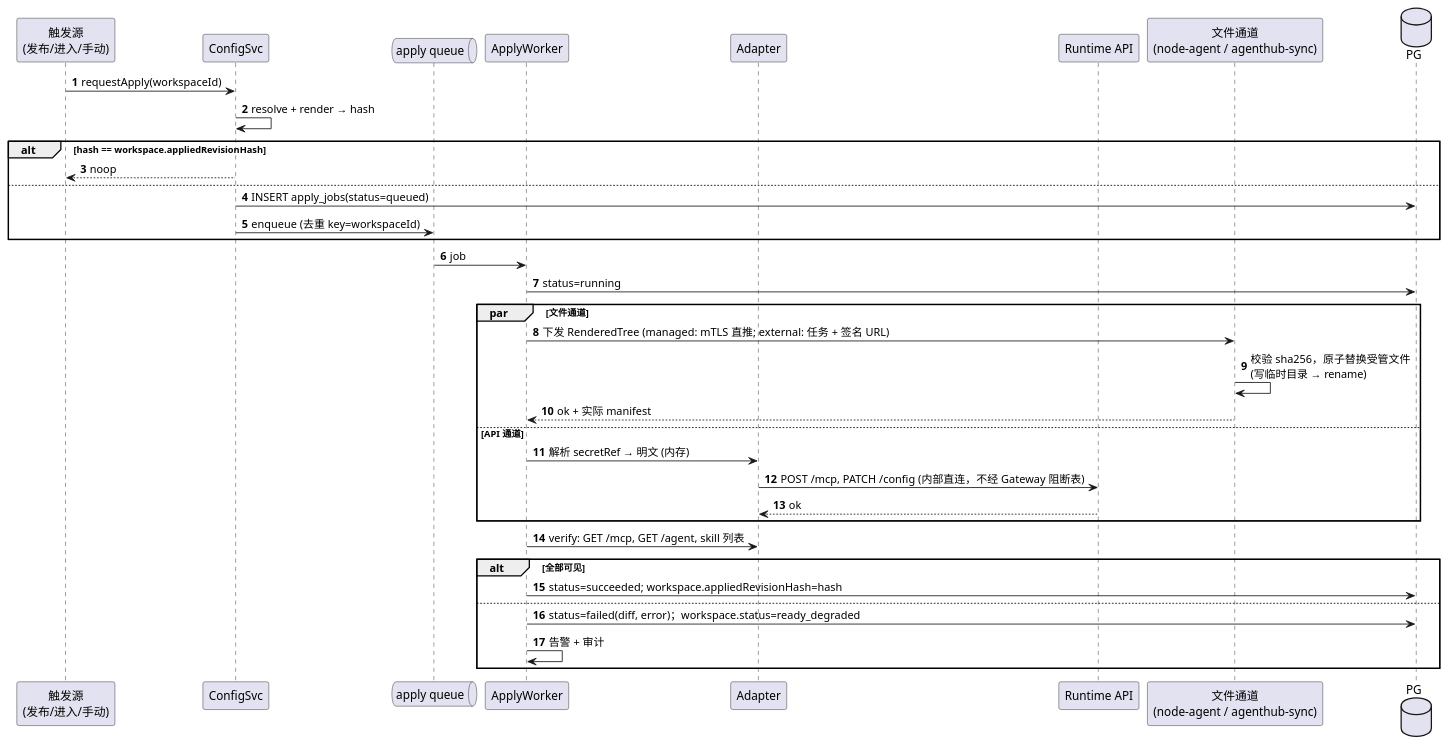
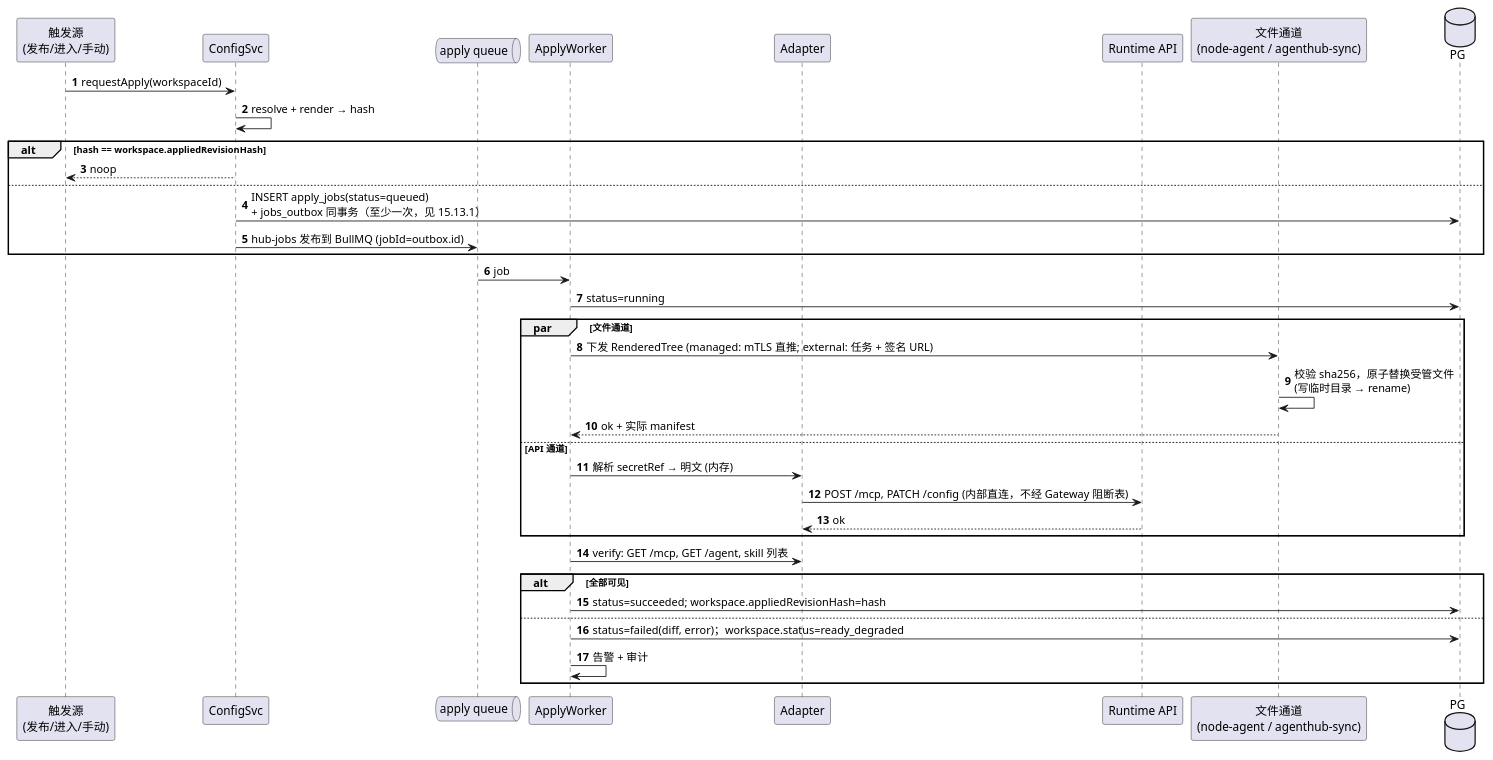
The fourth of 5 diagrams in docs/architecture/07-config-bundle.md (JackLuguibin/AgentHubEx), drawn with PlantUML before and after one commit. The commit also changed 19 other files, not shown here.

````diff
--- a/docs/architecture/07-config-bundle.md
+++ b/docs/architecture/07-config-bundle.md
@@ -143,40 +143,40 @@
 ```plantuml
 @startuml apply
 autonumber
 participant "触发源\n(发布/进入/手动)" as T
 participant "ConfigSvc" as C
 queue "apply queue" as Q
 participant "ApplyWorker" as W
 participant "Adapter" as A
 participant "Runtime API" as R
 participant "文件通道\n(node-agent / agenthub-sync)" as F
 database PG
 
 T -> C : requestApply(workspaceId)
 C -> C : resolve + render → hash
 alt hash == workspace.appliedRevisionHash
   C --> T : noop
 else
-  C -> PG : INSERT apply_jobs(status=queued)
-  C -> Q : enqueue (去重 key=workspaceId)
+  C -> PG : INSERT apply_jobs(status=queued)\n+ jobs_outbox 同事务（至少一次，见 15.13.1）
+  C -> Q : hub-jobs 发布到 BullMQ (jobId=outbox.id)
 end
 Q -> W : job
 W -> PG : status=running
 par 文件通道
   W -> F : 下发 RenderedTree (managed: mTLS 直推; external: 任务 + 签名 URL)
   F -> F : 校验 sha256，原子替换受管文件\n(写临时目录 → rename)
   F --> W : ok + 实际 manifest
 else API 通道
   W -> A : 解析 secretRef → 明文 (内存)
   A -> R : POST /mcp, PATCH /config (内部直连，不经 Gateway 阻断表)
   R --> A : ok
 end
 W -> A : verify: GET /mcp, GET /agent, skill 列表
 alt 全部可见
   W -> PG : status=succeeded; workspace.appliedRevisionHash=hash
 else
   W -> PG : status=failed(diff, error)；workspace.status=ready_degraded
   W -> W : 告警 + 审计
 end
 @enduml
 ```
````
